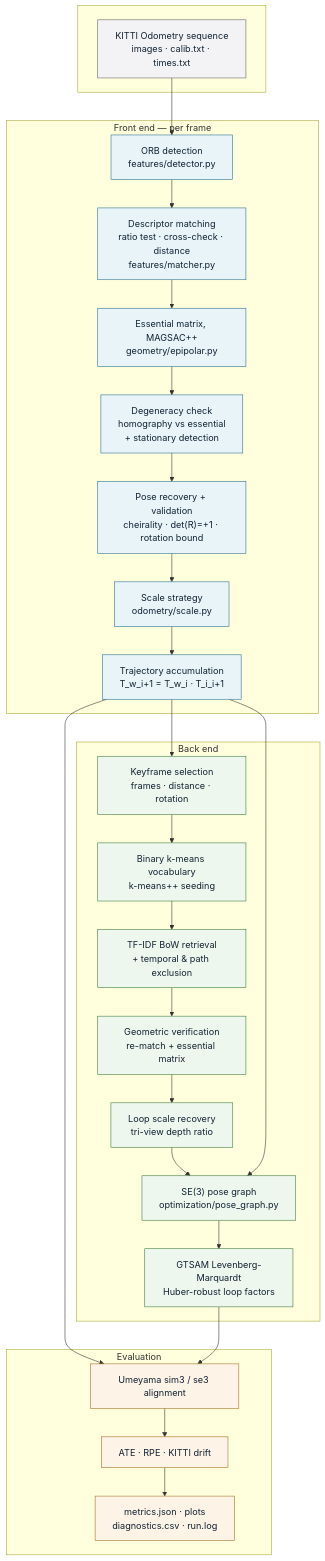
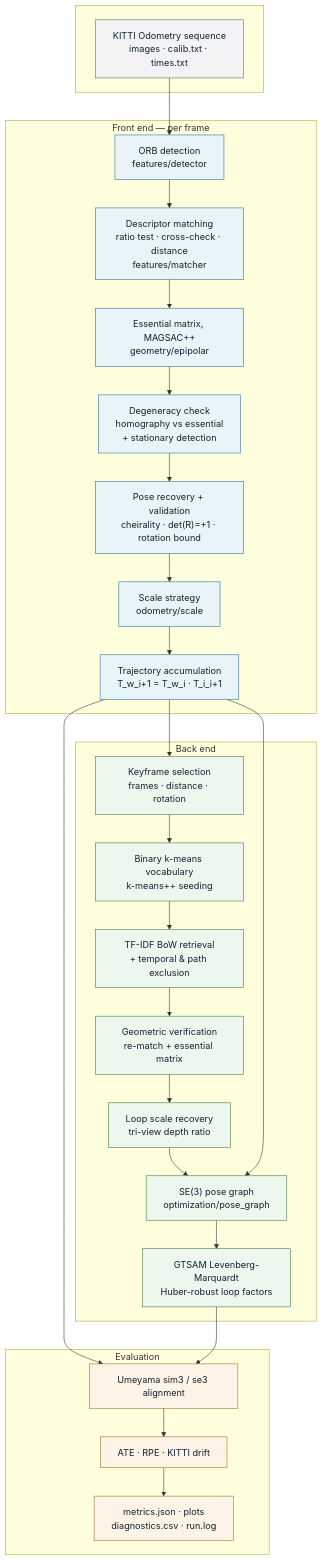
Before and after one commit to sohamkundu27/Monocular-Visual-SLAM-Localization: the diagram in README.md, drawn with Mermaid. The commit also changed other lines of this file and 67 other files, not shown here.

````diff
--- a/README.md
+++ b/README.md
@@ -61,47 +64,47 @@
 ```mermaid
 flowchart TB
     subgraph INPUT[" "]
         DS["KITTI Odometry sequence<br/>images · calib.txt · times.txt"]
     end
 
     subgraph FRONTEND["Front end — per frame"]
-        DET["ORB detection<br/>features/detector.py"]
-        MATCH["Descriptor matching<br/>ratio test · cross-check · distance<br/>features/matcher.py"]
-        EMAT["Essential matrix, MAGSAC++<br/>geometry/epipolar.py"]
+        DET["ORB detection<br/>features/detector"]
+        MATCH["Descriptor matching<br/>ratio test · cross-check · distance<br/>features/matcher"]
+        EMAT["Essential matrix, MAGSAC++<br/>geometry/epipolar"]
         DEGEN["Degeneracy check<br/>homography vs essential<br/>+ stationary detection"]
         POSE["Pose recovery + validation<br/>cheirality · det(R)=+1 · rotation bound"]
-        SCALE["Scale strategy<br/>odometry/scale.py"]
+        SCALE["Scale strategy<br/>odometry/scale"]
         TRAJ["Trajectory accumulation<br/>T_w_i+1 = T_w_i · T_i_i+1"]
     end
 
     subgraph BACKEND["Back end"]
         KF["Keyframe selection<br/>frames · distance · rotation"]
         VOCAB["Binary k-means vocabulary<br/>k-means++ seeding"]
         BOW["TF-IDF BoW retrieval<br/>+ temporal & path exclusion"]
         GEOVER["Geometric verification<br/>re-match + essential matrix"]
         LSCALE["Loop scale recovery<br/>tri-view depth ratio"]
-        PG["SE(3) pose graph<br/>optimization/pose_graph.py"]
+        PG["SE(3) pose graph<br/>optimization/pose_graph"]
         OPT["GTSAM Levenberg-Marquardt<br/>Huber-robust loop factors"]
     end
 
     subgraph EVAL["Evaluation"]
         ALIGN["Umeyama sim3 / se3 alignment"]
         METRICS["ATE · RPE · KITTI drift"]
         OUT["metrics.json · plots<br/>diagnostics.csv · run.log"]
     end
 
     DS --> DET --> MATCH --> EMAT --> DEGEN --> POSE --> SCALE --> TRAJ
     TRAJ --> KF --> VOCAB --> BOW --> GEOVER --> LSCALE --> PG --> OPT
     TRAJ --> PG
     TRAJ --> ALIGN
     OPT --> ALIGN --> METRICS --> OUT
 
     classDef front fill:#e8f4f8,stroke:#2a6f8f,color:#123
     classDef back fill:#eef7ee,stroke:#3d7a3d,color:#123
     classDef eval fill:#fdf3e7,stroke:#a3701f,color:#123
     classDef data fill:#f3f3f5,stroke:#666,color:#123
     class DET,MATCH,EMAT,DEGEN,POSE,SCALE,TRAJ front
     class KF,VOCAB,BOW,GEOVER,LSCALE,PG,OPT back
     class ALIGN,METRICS,OUT eval
     class DS data
 ```
````
